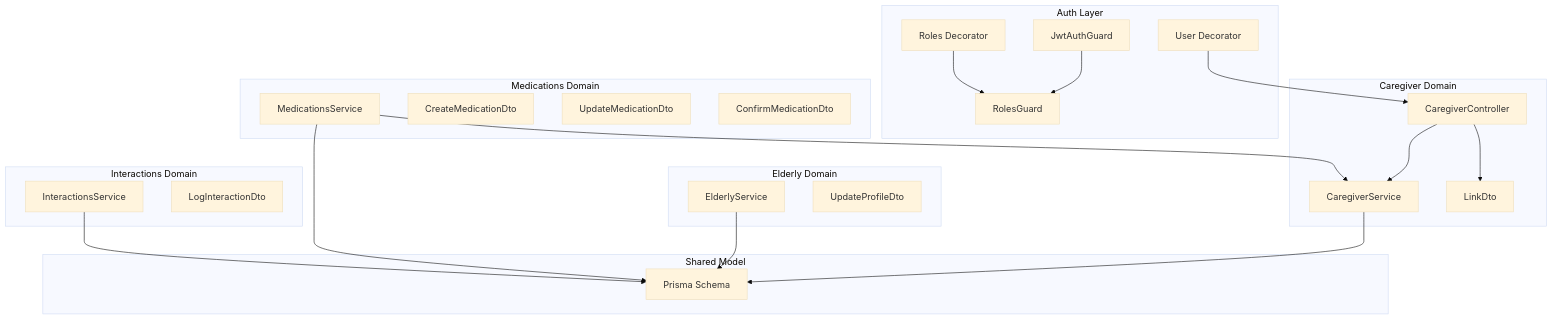
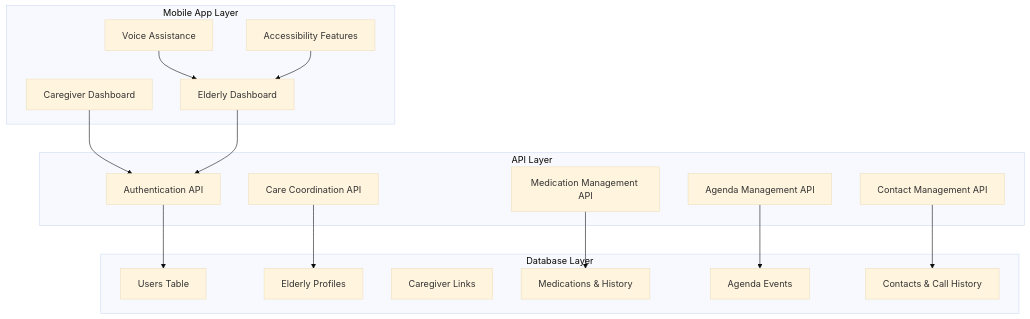
Before and after one commit to jairosouza67/99-Pai: the first of 8 diagrams in .qoder/repowiki/en/content/Caregiver Integration.md, drawn with Mermaid (base theme). The commit also changed other lines of this file and 17 other files, not shown here.

````diff
--- a/.qoder/repowiki/en/content/Caregiver Integration.md
+++ b/.qoder/repowiki/en/content/Caregiver Integration.md
@@ -49,41 +73,33 @@
 ```mermaid
 graph TB
-subgraph "Auth Layer"
-JWT["JwtAuthGuard"]
-RolesG["RolesGuard"]
-RolesD["Roles Decorator"]
-UserDec["User Decorator"]
+subgraph "Mobile App Layer"
+CaregiverDashboard["Caregiver Dashboard"]
+ElderlyDashboard["Elderly Dashboard"]
+VoiceAssistance["Voice Assistance"]
+Accessibility["Accessibility Features"]
 end
-subgraph "Caregiver Domain"
-Ctrl["CaregiverController"]
-Svc["CaregiverService"]
-LinkDTO["LinkDto"]
+subgraph "API Layer"
+AuthAPI["Authentication API"]
+CareCoordination["Care Coordination API"]
+MedicationAPI["Medication Management API"]
+AgendaAPI["Agenda Management API"]
+ContactAPI["Contact Management API"]
 end
-subgraph "Elderly Domain"
-ElderlySvc["ElderlyService"]
-UpdateProfileDTO["UpdateProfileDto"]
+subgraph "Database Layer"
+UserDB["Users Table"]
+ElderlyDB["Elderly Profiles"]
+CaregiverLinks["Caregiver Links"]
+MedicationDB["Medications & History"]
+AgendaDB["Agenda Events"]
+ContactDB["Contacts & Call History"]
 end
-subgraph "Medications Domain"
-MedSvc["MedicationsService"]
-CreateMedDTO["CreateMedicationDto"]
-UpdateMedDTO["UpdateMedicationDto"]
-ConfirmMedDTO["ConfirmMedicationDto"]
-end
-subgraph "Interactions Domain"
-InterSvc["InteractionsService"]
-LogInterDTO["LogInteractionDto"]
-end
-subgraph "Shared Model"
-Schema["Prisma Schema"]
-end
-JWT --> RolesG
-RolesD --> RolesG
-UserDec --> Ctrl
-Ctrl --> Svc
-Ctrl --> LinkDTO
-Svc --> Schema
-ElderlySvc --> Schema
-MedSvc --> Svc
-MedSvc --> Schema
-InterSvc --> Schema
+CaregiverDashboard --> AuthAPI
+ElderlyDashboard --> AuthAPI
+VoiceAssistance --> ElderlyDashboard
+Accessibility --> ElderlyDashboard
+AuthAPI --> UserDB
+CareCoordination --> ElderlyDB
+MedicationAPI --> MedicationDB
+AgendaAPI --> AgendaDB
+ContactAPI --> ContactDB
 ```
````
